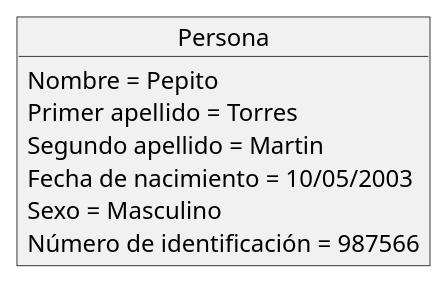
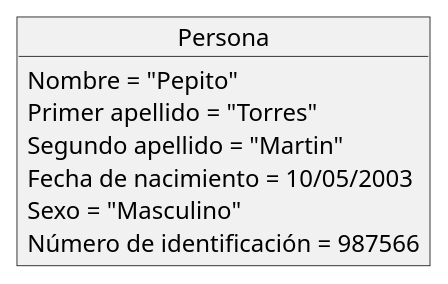
Before and after one commit to zmartand/EjerciciosUML: the diagram in PLANT UML/ejercicio6.plantuml, drawn with PlantUML. The commit also changed 5 other files, not shown here.

```diff
--- a/PLANT UML/ejercicio6.plantuml
+++ b/PLANT UML/ejercicio6.plantuml
@@ -1,10 +1,9 @@
 @startuml
 Object Persona
-Persona : Nombre = Pepito
-Persona : Primer apellido = Torres
-Persona : Segundo apellido = Martin
+Persona : Nombre = "Pepito"
+Persona : Primer apellido = "Torres"
+Persona : Segundo apellido = "Martin"
 Persona : Fecha de nacimiento = 10/05/2003
-Persona : Sexo = Masculino
+Persona : Sexo = "Masculino"
 Persona :  Número de identificación = 987566
-
 @enduml
```
